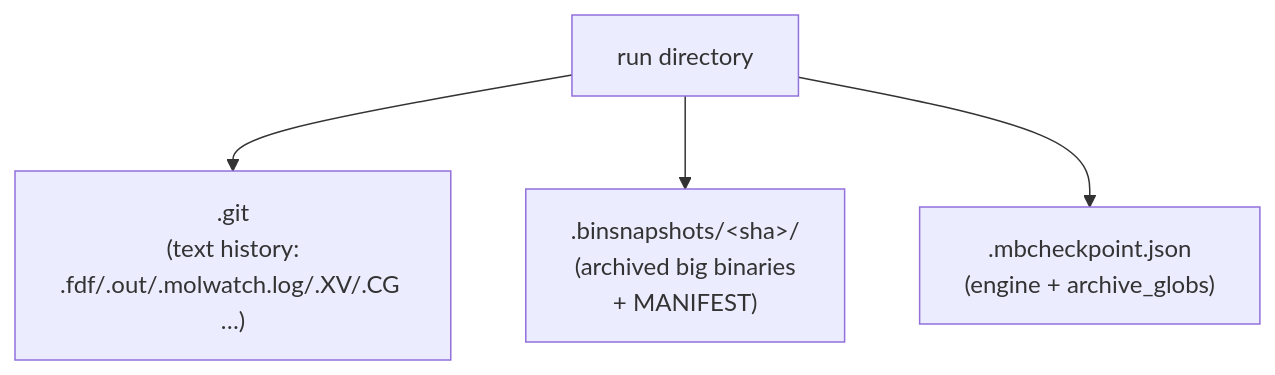
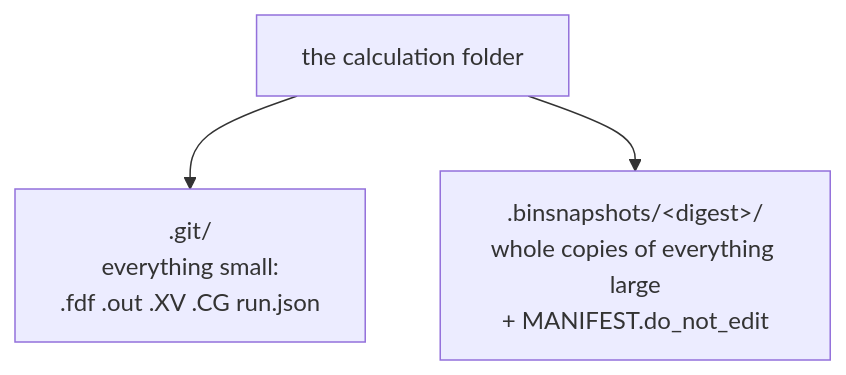
One commit to Qing-LAB/molbuilder changed the second of 2 diagrams in docs/execution/running-a-job.md. Above: the diagram before and after it, drawn with Mermaid. The commit also changed other lines of this file and 4 other files, not shown here.

````diff
--- a/docs/execution/running-a-job.md
+++ b/docs/execution/running-a-job.md
@@ -508,10 +527,8 @@
 ```mermaid
 flowchart TD
-    RD["run directory"]
-    G[".git<br/>(text history:<br/>.fdf/.out/.molwatch.log/.XV/.CG …)"]
-    B[".binsnapshots/&lt;sha&gt;/<br/>(archived big binaries<br/>+ MANIFEST)"]
-    M[".mbcheckpoint.json<br/>(engine + archive_globs)"]
+    RD["the calculation folder"]
+    G[".git/<br/>everything small:<br/>.fdf .out .XV .CG run.json"]
+    B[".binsnapshots/&lt;digest&gt;/<br/>whole copies of everything large<br/>+ MANIFEST.do_not_edit"]
     RD --> G
     RD --> B
-    RD --> M
 ```
````
